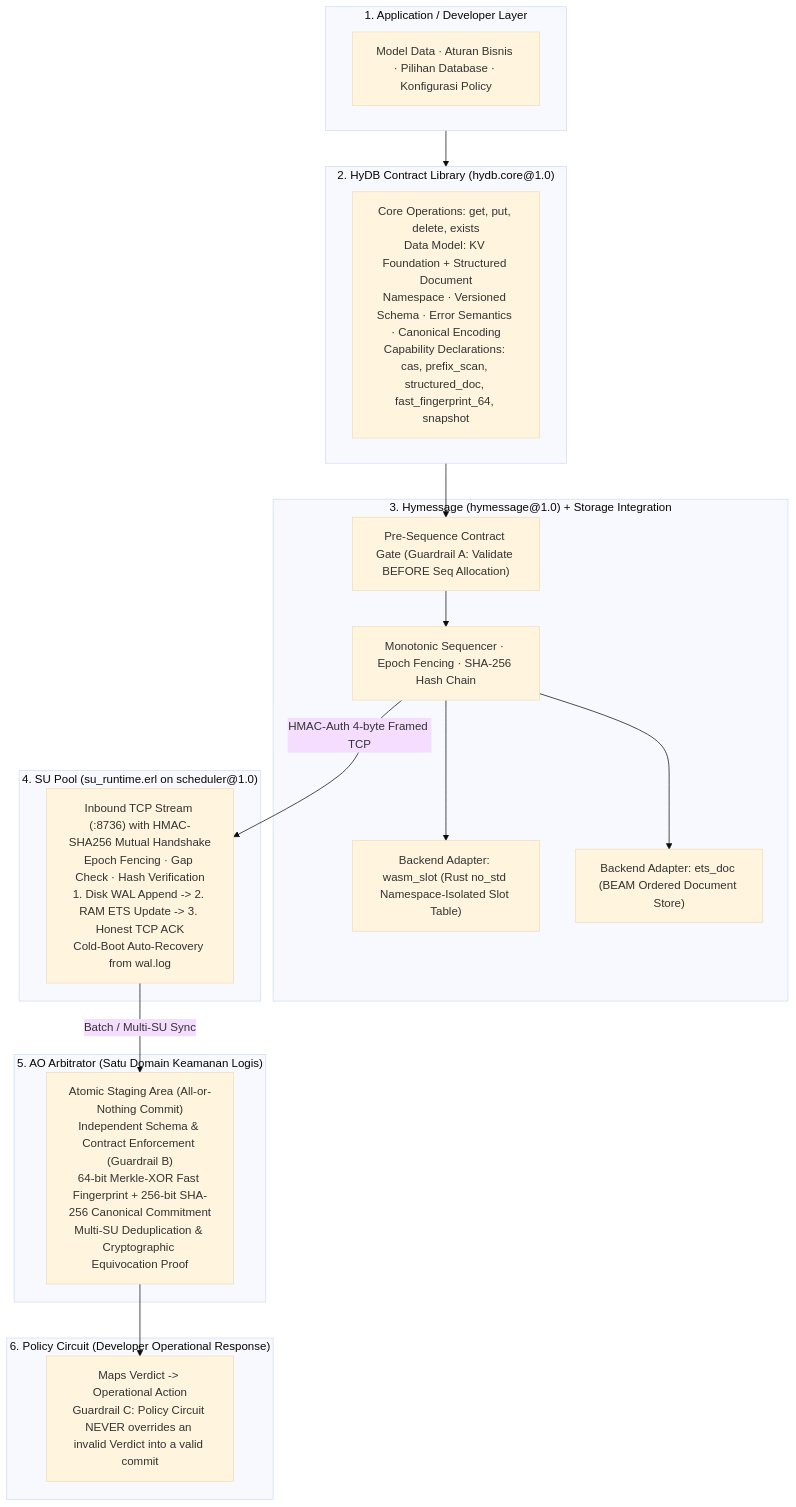
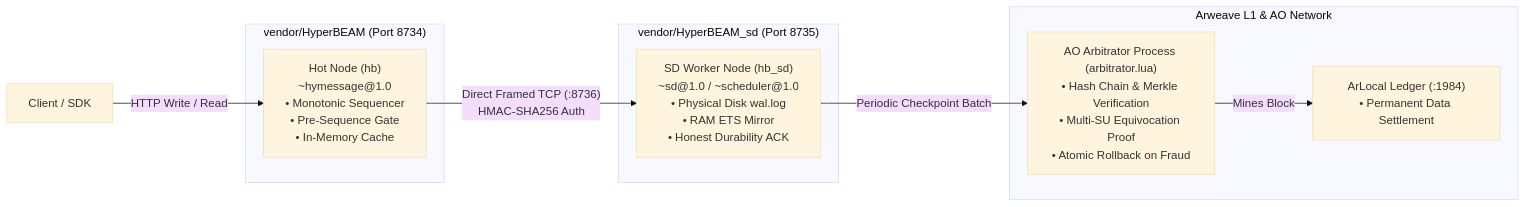
Before and after one commit to Wesslurr/database-stack-on-permaweb: the second of 2 diagrams in README.md, drawn with Mermaid (base theme). The commit also changed other lines of this file, not shown here.

Commit message:
docs: update README with segregated architecture, dual HyperBEAM topology, dual backends, and full verification matrix

````diff
--- a/README.md
+++ b/README.md
@@ -25,34 +61,22 @@
 ```mermaid
-flowchart TD
-    subgraph L1 ["1. Application / Developer Layer"]
-        App["Model Data · Aturan Bisnis · Pilihan Database · Konfigurasi Policy"]
+flowchart LR
+    Client["Client / SDK"] -->|"HTTP Write / Read"| HotNode
+    
+    subgraph HotBox ["vendor/HyperBEAM (Port 8734)"]
+        HotNode["Hot Node (hb)<br/>~hymessage@1.0<br/>• Monotonic Sequencer<br/>• Pre-Sequence Gate<br/>• In-Memory Cache"]
     end
 
-    subgraph L2 ["2. HyDB Contract Library (hydb.core@1.0)"]
-        Contract["Core Operations: get, put, delete, exists<br/>Data Model: KV Foundation + Structured Document<br/>Namespace · Versioned Schema · Error Semantics · Canonical Encoding<br/>Capability Declarations: cas, prefix_scan, structured_doc, fast_fingerprint_64, snapshot"]
+    HotNode -->|"Direct Framed TCP (:8736)<br/>HMAC-SHA256 Auth"| SDNode
+
+    subgraph SDBox ["vendor/HyperBEAM_sd (Port 8735)"]
+        SDNode["SD Worker Node (hb_sd)<br/>~sd@1.0 / ~scheduler@1.0<br/>• Physical Disk wal.log<br/>• RAM ETS Mirror<br/>• Honest Durability ACK"]
     end
 
-    subgraph L3 ["3. Hymessage (hymessage@1.0) + Storage Integration"]
-        Gate["Pre-Sequence Contract Gate (Guardrail A: Validate BEFORE Seq Allocation)"]
-        Sequencer["Monotonic Sequencer · Epoch Fencing · SHA-256 Hash Chain"]
-        WasmBackend["Backend Adapter: wasm_slot (Rust no_std Namespace-Isolated Slot Table)"]
-        DocBackend["Backend Adapter: ets_doc (BEAM Ordered Document Store)"]
+    SDNode -->|"Periodic Checkpoint Batch"| AO
+
+    subgraph ArweaveAO ["Arweave L1 & AO Network"]
+        AO["AO Arbitrator Process (arbitrator.lua)<br/>• Hash Chain & Merkle Verification<br/>• Multi-SU Equivocation Proof<br/>• Atomic Rollback on Fraud"]
+        ArLocal["ArLocal Ledger (:1984)<br/>• Permanent Data Settlement"]
+        AO -->|"Mines Block"| ArLocal
     end
-
-    subgraph L4 ["4. SU Pool (su_runtime.erl on scheduler@1.0)"]
-        SU["Inbound TCP Stream (:8736) with HMAC-SHA256 Mutual Handshake<br/>Epoch Fencing · Gap Check · Hash Verification<br/>1. Disk WAL Append -> 2. RAM ETS Update -> 3. Honest TCP ACK<br/>Cold-Boot Auto-Recovery from wal.log"]
-    end
-
-    subgraph L5 ["5. AO Arbitrator (Satu Domain Keamanan Logis)"]
-        Arbitrator["Atomic Staging Area (All-or-Nothing Commit)<br/>Independent Schema & Contract Enforcement (Guardrail B)<br/>64-bit Merkle-XOR Fast Fingerprint + 256-bit SHA-256 Canonical Commitment<br/>Multi-SU Deduplication & Cryptographic Equivocation Proof"]
-    end
-
-    subgraph L6 ["6. Policy Circuit (Developer Operational Response)"]
-        Policy["Maps Verdict -> Operational Action<br/>Guardrail C: Policy Circuit NEVER overrides an invalid Verdict into a valid commit"]
-    end
-
-    L1 --> L2 --> Gate --> Sequencer
-    Sequencer --> WasmBackend & DocBackend
-    Sequencer -->|"HMAC-Auth 4-byte Framed TCP"| SU
-    SU -->|"Batch / Multi-SU Sync"| Arbitrator --> Policy
 ```
````
